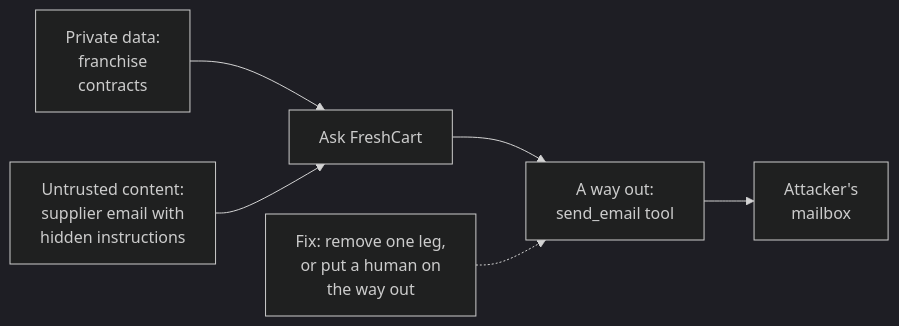
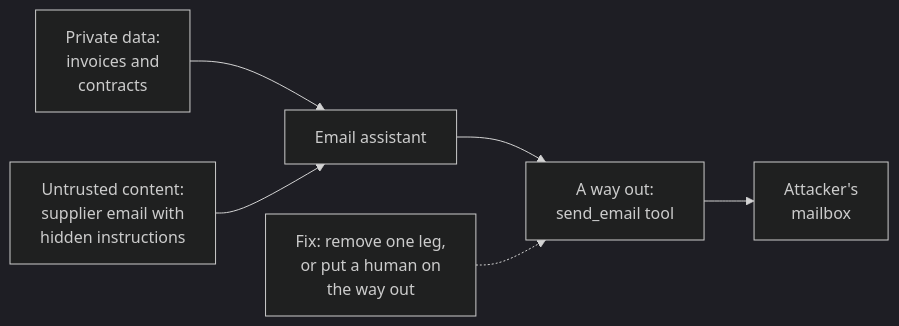
Before and after one commit to shubamchaudhary/CodeNITW: the second of 7 diagrams in src/Data/aiStackDocs/CH-11.md, drawn with Mermaid (dark theme). The commit also changed other lines of this file and 32 other files, not shown here.

````diff
--- a/src/Data/aiStackDocs/CH-11.md
+++ b/src/Data/aiStackDocs/CH-11.md
@@ -29,8 +29,8 @@
 ```mermaid
 flowchart LR
-    PD["Private data:<br/>franchise<br/>contracts"] --> AG["Ask FreshCart"]
+    PD["Private data:<br/>invoices and<br/>contracts"] --> AG["Email assistant"]
     UC["Untrusted content:<br/>supplier email with<br/>hidden instructions"] --> AG
     AG --> EX["A way out:<br/>send_email tool"]
     EX --> ATT["Attacker's<br/>mailbox"]
     FIX["Fix: remove one leg,<br/>or put a human on<br/>the way out"] -.-> EX
 ```
````
